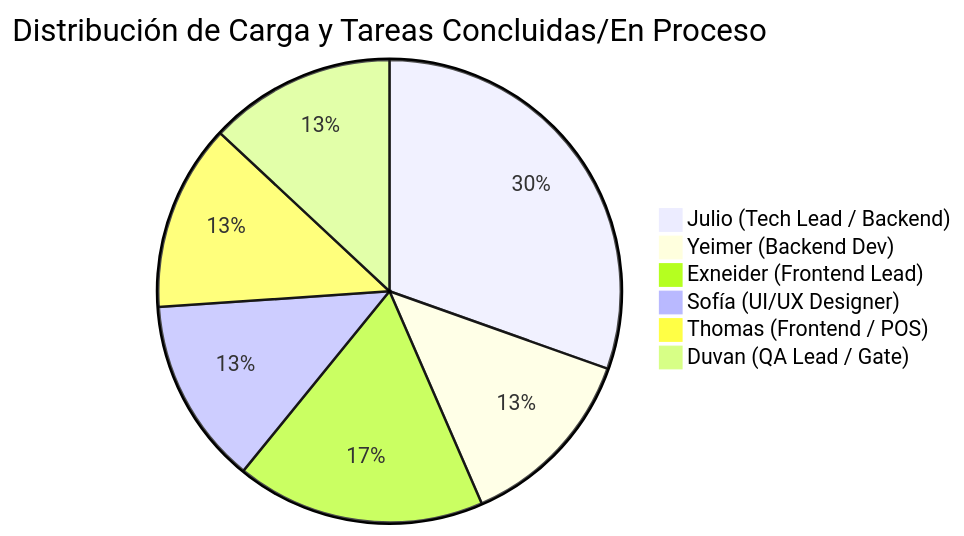
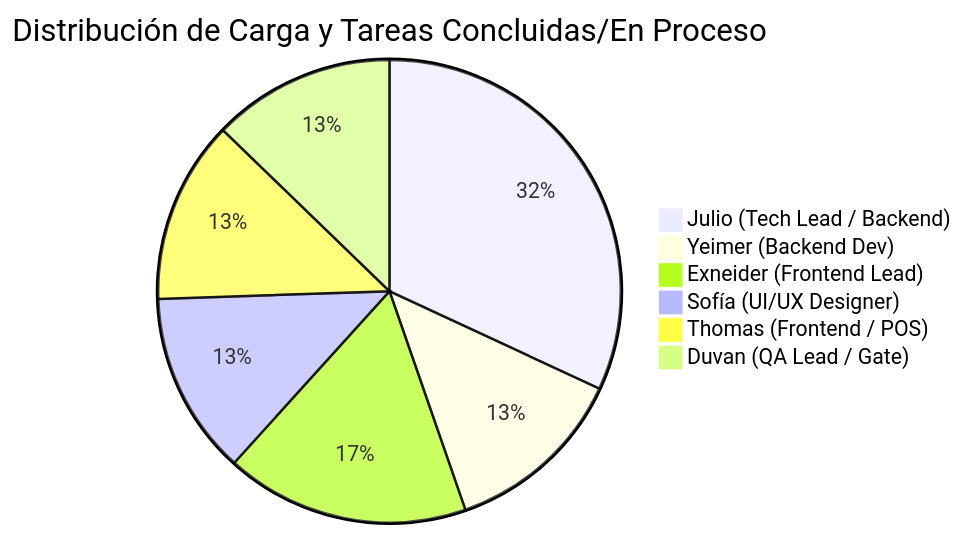
One commit to julio7879/Proyecto-Forma-POS-Pagina-web-IA changed the diagram in docs/vault/05-Estado-Sprints/PROGRESO-ACTUAL.md. Above: the diagram before and after it, drawn with Mermaid. The commit also changed other lines of this file, not shown here.

````diff
--- a/docs/vault/05-Estado-Sprints/PROGRESO-ACTUAL.md
+++ b/docs/vault/05-Estado-Sprints/PROGRESO-ACTUAL.md
@@ -25,9 +25,9 @@
 ```mermaid
 pie title Distribución de Carga y Tareas Concluidas/En Proceso
-    "Julio (Tech Lead / Backend)" : 14
+    "Julio (Tech Lead / Backend)" : 15
     "Yeimer (Backend Dev)" : 6
     "Exneider (Frontend Lead)" : 8
     "Sofía (UI/UX Designer)" : 6
     "Thomas (Frontend / POS)" : 6
     "Duvan (QA Lead / Gate)" : 6
 ```
````
